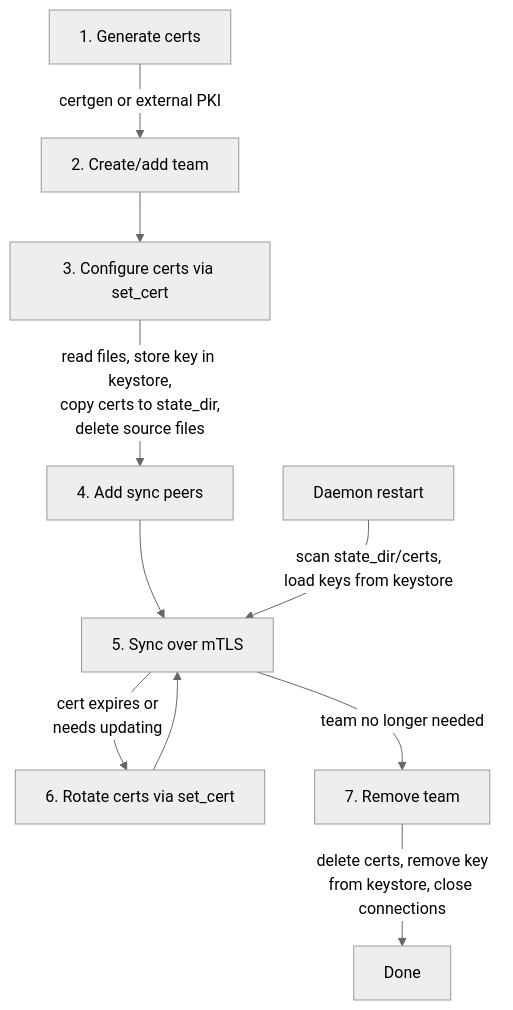
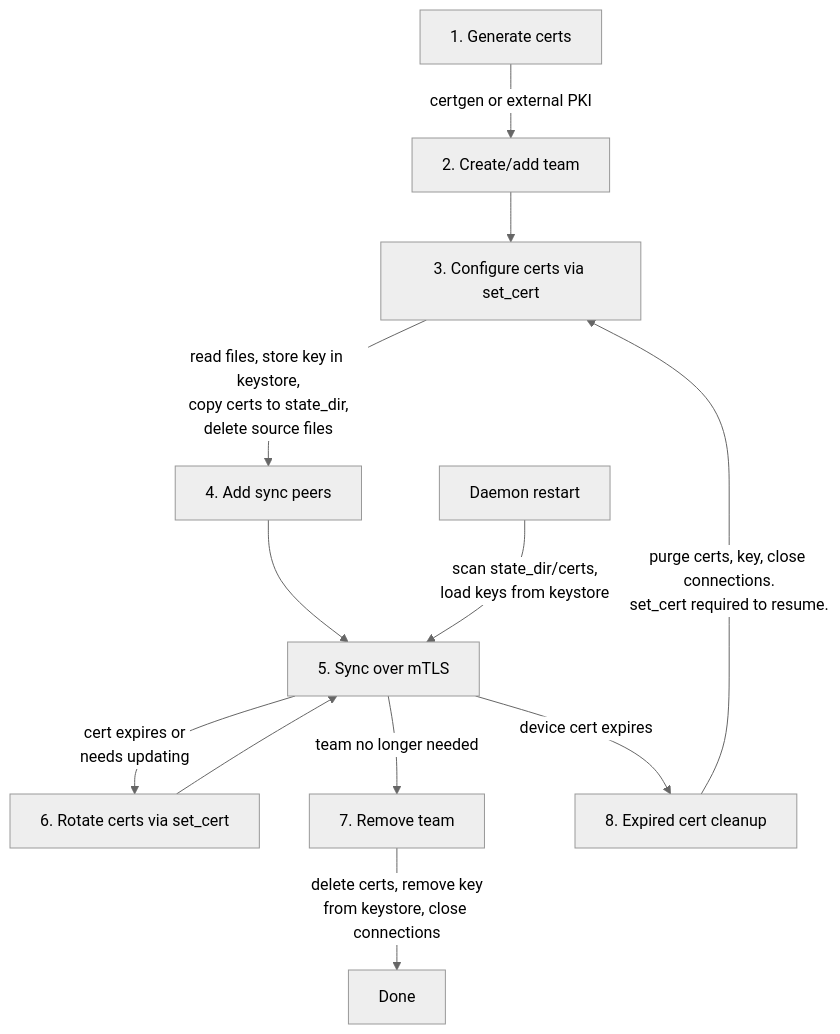
The diagram in docs/mtls.md (aranya-project/aranya-docs), drawn with Mermaid (neutral theme) before and after one commit. The commit also changed other lines of this file, not shown here.

````diff
--- a/docs/mtls.md
+++ b/docs/mtls.md
@@ -72,13 +70,16 @@
 ```mermaid
 flowchart TD
     A[1. Generate certs] -->|certgen or external PKI| B[2. Create/add team]
     B --> C[3. Configure certs via set_cert]
     C -->|read files, store key in keystore,<br/>copy certs to state_dir,<br/>delete source files| D[4. Add sync peers]
     D --> E[5. Sync over mTLS]
     E -->|cert expires or<br/>needs updating| F[6. Rotate certs via set_cert]
     F --> E
     E -->|team no longer needed| G[7. Remove team]
     G -->|delete certs, remove key<br/>from keystore, close connections| H[Done]
 
     I[Daemon restart] -->|scan state_dir/certs,<br/>load keys from keystore| E
+
+    E -->|device cert expires| J[8. Expired cert cleanup]
+    J -->|purge certs, key, close connections.<br/>set_cert required to resume.| C
 ```
````
